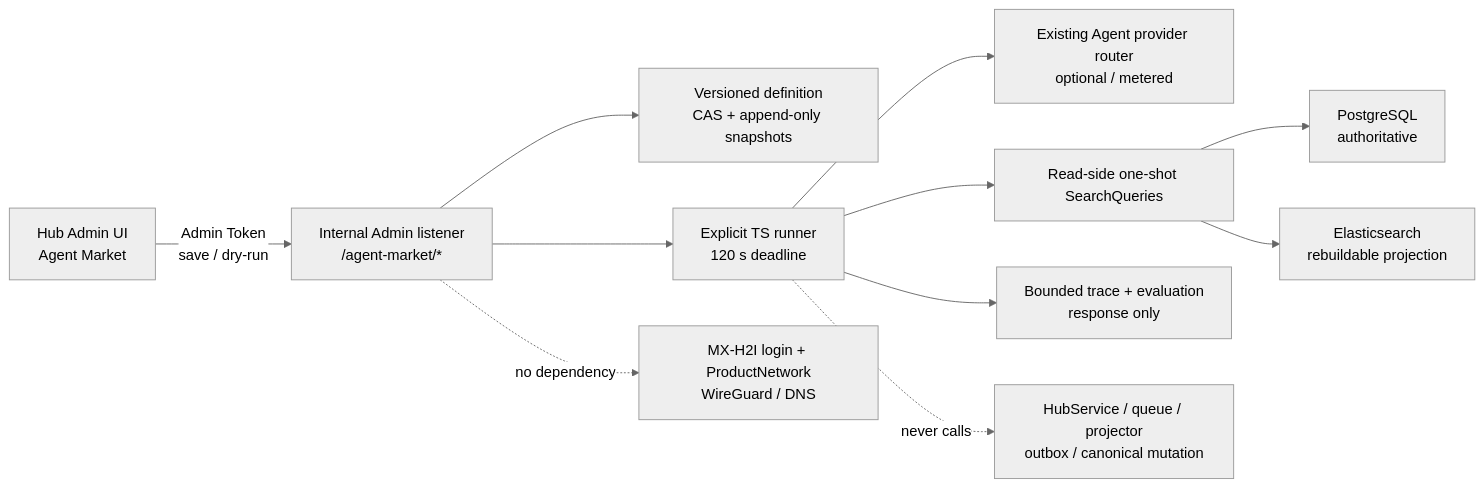
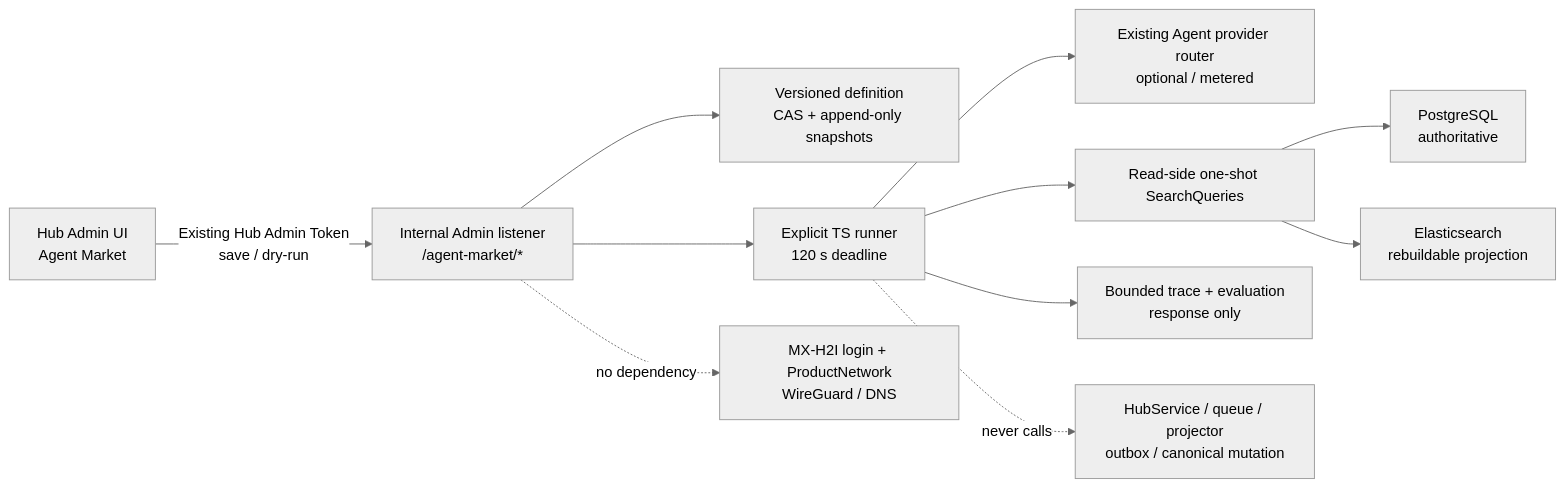
One commit to qpjoy/de-llaaddddeerr changed the diagram in electron-dock/mx-insight-hub/docs/architecture/agent-market-advanced-search.md. Above: the diagram before and after it, drawn with Mermaid (neutral theme). The commit also changed other lines of this file and 16 other files, not shown here.

Commit message:
fix: hub agent market

````diff
--- a/electron-dock/mx-insight-hub/docs/architecture/agent-market-advanced-search.md
+++ b/electron-dock/mx-insight-hub/docs/architecture/agent-market-advanced-search.md
@@ -16,14 +45,14 @@
 ```mermaid
 flowchart LR
-  UI["Hub Admin UI\nAgent Market"] -->|"Admin Token\nsave / dry-run"| API["Internal Admin listener\n/agent-market/*"]
+  UI["Hub Admin UI\nAgent Market"] -->|"Existing Hub Admin Token\nsave / dry-run"| API["Internal Admin listener\n/agent-market/*"]
   API --> DEF["Versioned definition\nCAS + append-only snapshots"]
   API --> RUN["Explicit TS runner\n120 s deadline"]
   RUN --> MODEL["Existing Agent provider router\noptional / metered"]
   RUN --> SEARCH["Read-side one-shot SearchQueries"]
   SEARCH --> PG["PostgreSQL\nauthoritative"]
   SEARCH --> ES["Elasticsearch\nrebuildable projection"]
   RUN --> TRACE["Bounded trace + evaluation\nresponse only"]
 
   RUN -. "never calls" .-> WRITE["HubService / queue / projector\noutbox / canonical mutation"]
   API -. "no dependency" .-> H2I["MX-H2I login + ProductNetwork\nWireGuard / DNS"]
 ```
````
